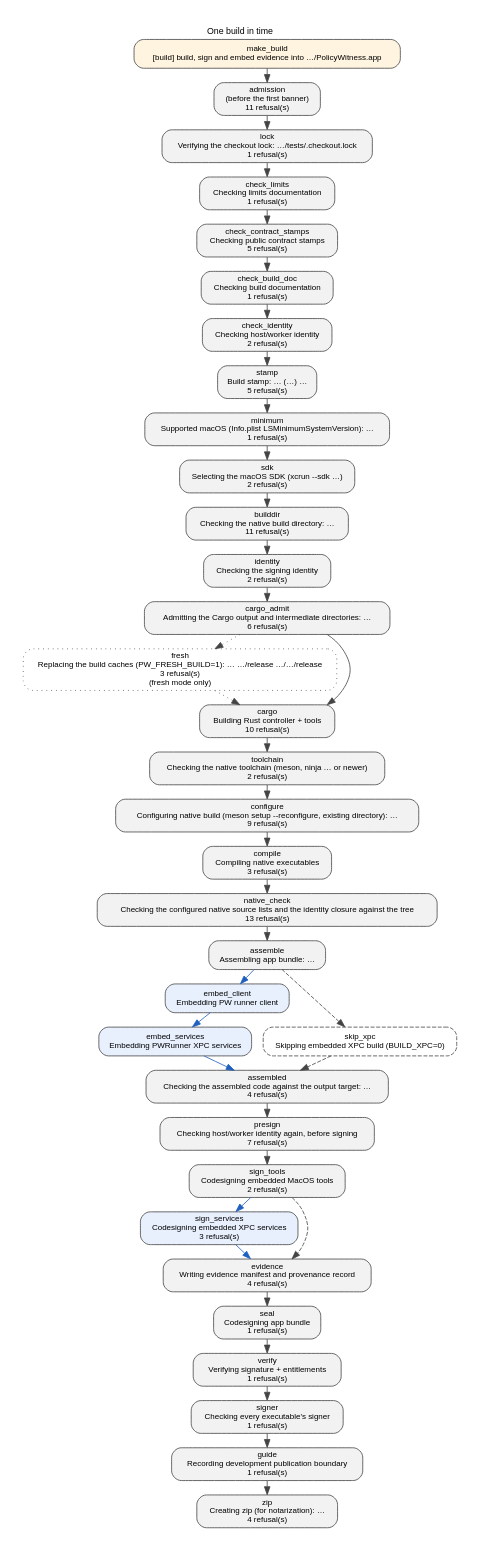
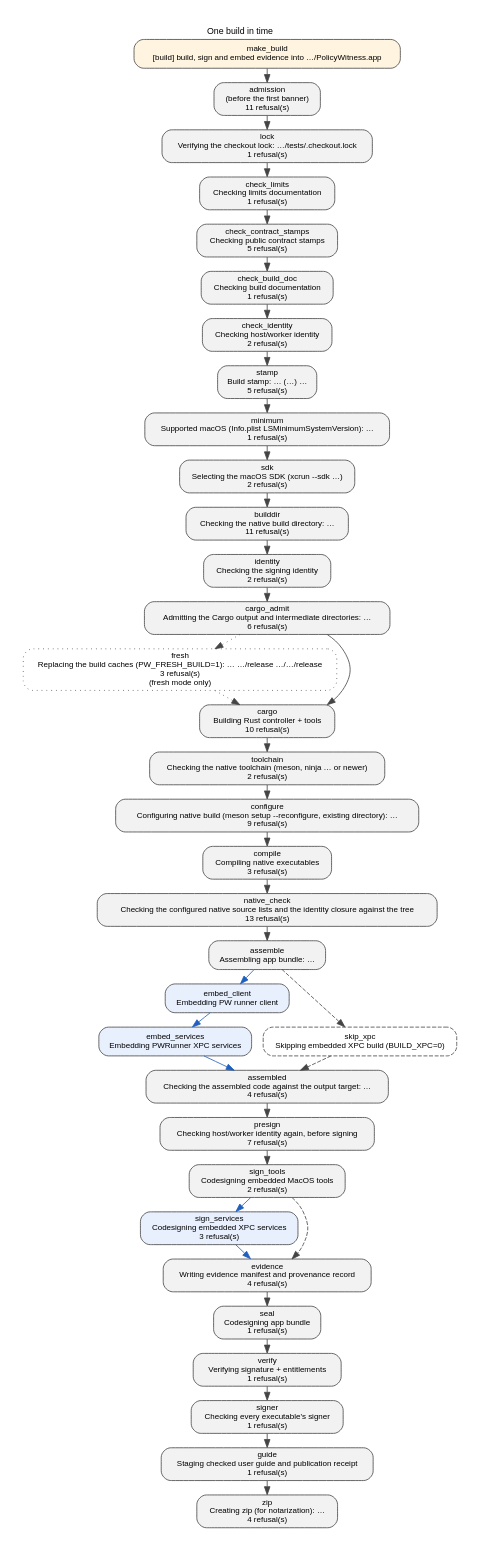
One commit to Protonk/PolicyWitness changed the diagram in docs/build-steps.dot. Above: the diagram before and after it, drawn with Graphviz. The commit also changed 77 other files, not shown here.

Commit message:
Prepare PolicyWitness v0.3.8

```diff
--- a/docs/build-steps.dot
+++ b/docs/build-steps.dot
@@ -21,7 +21,7 @@
     configure [label="configure\nConfiguring native build (meson setup --reconfigure, existing directory): …\n9 refusal(s)", URL="BUILD.md#one-build-in-time", tooltip="configure: reads whether builddir/build.ninja exists, meson.build, meson.options and the two Meson options; a fresh setup also reads CFLAGS and the other flag variables, and the compilers Meson selected; writes builddir/ configuration; a fresh setup publishes builddir/pw-toolchain.json atomically from the selected compilers, SDK and Rust compiler; meson setup --reconfigure records the two options, recomputes the generated Swift context and runs the policy assertions"];
     compile [label="compile\nCompiling native executables\n3 refusal(s)", URL="BUILD.md#one-build-in-time", tooltip="compile: reads the native sources through builddir/; a changed option triggers regeneration, which runs the policy assertions first; Meson schedules at most two commands and both shipped Swift drivers use -j 1; writes builddir/ outputs and the Swift module cache under it"];
     native_check [label="native_check\nChecking the configured native source lists and the identity closure against the tree\n13 refusal(s)", URL="BUILD.md#one-build-in-time", tooltip="native_check: reads Meson's introspection of builddir/, Ninja's dependency log, the identity inputs, the stamp and the compilers the directory records, and every shipped output's container, architecture names and load commands; writes builddir/pw-toolchain.json extended with the Swift compiler a reused directory discovered when this build enabled the XPC pieces, atomically and without changing another field; the toolchain, option, Meson machine, output target and SDK observations into the build session"];
-    assemble [label="assemble\nAssembling app bundle: …", URL="BUILD.md#one-build-in-time", tooltip="assemble: reads Info.plist, the three Rust outputs, runner/augments/, dist/README.md and dist/AGENTS.md, all admitted before the first check; writes the two documents under DIST_DIR; removes the previous app and ZIP; preserves the frozen guide; the stamped Info.plist, the three Rust executables and the augments under the new app"];
+    assemble [label="assemble\nAssembling app bundle: …", URL="BUILD.md#one-build-in-time", tooltip="assemble: reads Info.plist, the three Rust outputs, runner/augments/, dist/README.md and dist/AGENTS.md, all admitted before the first check; writes the two documents under DIST_DIR; removes the previous app, ZIP, guide and publication receipt; the stamped Info.plist, the three Rust executables and the augments under the new app"];
     embed_client [label="embed_client\nEmbedding PW runner client", URL="BUILD.md#one-build-in-time", tooltip="embed_client: reads builddir/pw-runner-client; writes Contents/MacOS/pw-runner-client and its dSYM in inspection builds", fillcolor="#e8f0fe"];
     embed_services [label="embed_services\nEmbedding PWRunner XPC services", URL="BUILD.md#one-build-in-time", tooltip="embed_services: reads each service's Info.plist and builddir/ host, the common worker and validator; writes each service bundle: its stamped Info.plist, the host with its dSYM in inspection builds, two copies of the common worker and the validator", fillcolor="#e8f0fe"];
     skip_xpc [label="skip_xpc\nSkipping embedded XPC build (BUILD_XPC=0)", URL="BUILD.md#one-build-in-time", tooltip="skip_xpc: reads nothing; writes nothing", style="rounded,dashed", fillcolor="white"];
@@ -29,11 +29,11 @@
     presign [label="presign\nChecking host/worker identity again, before signing\n7 refusal(s)", URL="BUILD.md#one-build-in-time", tooltip="presign: reads the identity inputs and copies, the generated identity in tests/lib/contract.py and the built worker's --version report; recomputed public build contract compared with the value used for compilation; writes nothing"];
     sign_tools [label="sign_tools\nCodesigning embedded MacOS tools\n2 refusal(s)", URL="BUILD.md#one-build-in-time", tooltip="sign_tools: reads the copied top-level helpers; writes signatures on the top-level helpers"];
     sign_services [label="sign_services\nCodesigning embedded XPC services\n3 refusal(s)", URL="BUILD.md#one-build-in-time", tooltip="sign_services: reads each service's Entitlements.plist, the common unsigned worker and verified generated worker identity, and the assembled bundle; writes selected worker signature with service entitlements, unentitled worker and validator signatures without supplied entitlements, service-local worker-equipment.json from signed artifacts, then each service seal", fillcolor="#e8f0fe"];
-    evidence [label="evidence\nWriting evidence manifest and provenance record\n4 refusal(s)", URL="BUILD.md#one-build-in-time", tooltip="evidence: reads the signed bytes, entitlements and exported symbols of the helpers, services and augments; the build session; every shipped output's load commands, container, architecture names and signature display; the caller's requests and Cargo's effective deployment target and SDK, from the build session; writes Contents/Resources/Evidence/manifest.json, symbols.json, provenance.json and publication.json; the manifest lists the other records; publication is withheld with the frozen guide revision and derived build contract"];
+    evidence [label="evidence\nWriting evidence manifest and provenance record\n4 refusal(s)", URL="BUILD.md#one-build-in-time", tooltip="evidence: reads the signed bytes, entitlements and exported symbols of the helpers, services and augments; the build session; every shipped output's load commands, container, architecture names and signature display; the caller's requests and Cargo's effective deployment target and SDK, from the build session; writes Contents/Resources/Evidence/manifest.json, symbols.json, provenance.json and publication.json; the manifest lists the other records; the signed receipt binds the guide digest to the build contract"];
     seal [label="seal\nCodesigning app bundle\n1 refusal(s)", URL="BUILD.md#one-build-in-time", tooltip="seal: reads PolicyWitness.entitlements; writes the app seal over everything under Contents/"];
     verify [label="verify\nVerifying signature + entitlements\n1 refusal(s)", URL="BUILD.md#one-build-in-time", tooltip="verify: reads the sealed app; writes nothing"];
     signer [label="signer\nChecking every executable's signer\n1 refusal(s)", URL="BUILD.md#one-build-in-time", tooltip="signer: reads every regular file under the app's and each service's Contents/MacOS, and the app and service seals, as codesign displays them; writes nothing"];
-    guide [label="guide\nRecording development publication boundary\n1 refusal(s)", URL="BUILD.md#one-build-in-time", tooltip="guide: reads docs/PolicyWitness.md and its inputs; writes publication.json under DIST_DIR; publication withheld, frozen guide unchanged"];
+    guide [label="guide\nStaging checked user guide and publication receipt\n1 refusal(s)", URL="BUILD.md#one-build-in-time", tooltip="guide: reads docs/PolicyWitness.md and its inputs; writes PolicyWitness.md and publication.json under DIST_DIR, binding the staged bytes to this build"];
     zip [label="zip\nCreating zip (for notarization): …\n4 refusal(s)", URL="BUILD.md#one-build-in-time", tooltip="zip: reads the sealed app, the variant's required executable paths and any additional code found by header checked against the output target again before the ZIP is written; only debug-only dSYM companions are excluded; writes PolicyWitness.zip under DIST_DIR"];
     make_build -> admission;
     admission -> lock;
```
